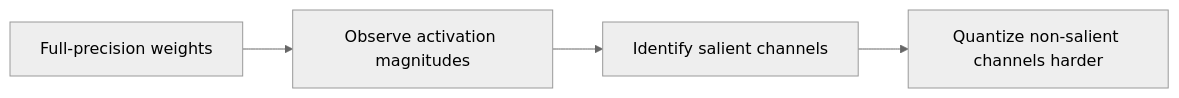
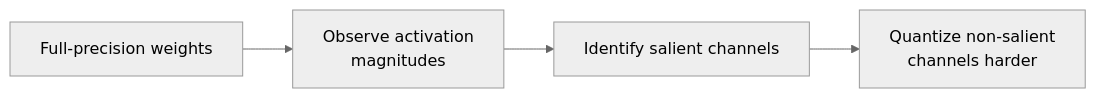
One commit to zirachw/LockedIn changed the second of 4 diagrams in ai-engineering/quantization.md. Above: the diagram before and after it, drawn with Mermaid (neutral theme). The commit also changed other lines of this file, not shown here.

Commit message:
feat: update quantization

````diff
--- a/ai-engineering/quantization.md
+++ b/ai-engineering/quantization.md
@@ -47,6 +47,6 @@
 ```mermaid
 flowchart LR
-    W[Full-precision weights] --> A[Observe activation magnitudes]
+    W[Full-precision weights] --> A[Observe activation<br/>magnitudes]
     A --> S[Identify salient channels]
-    S --> Q[Quantize non-salient channels harder]
+    S --> Q[Quantize non-salient<br/>channels harder]
 ```
````
